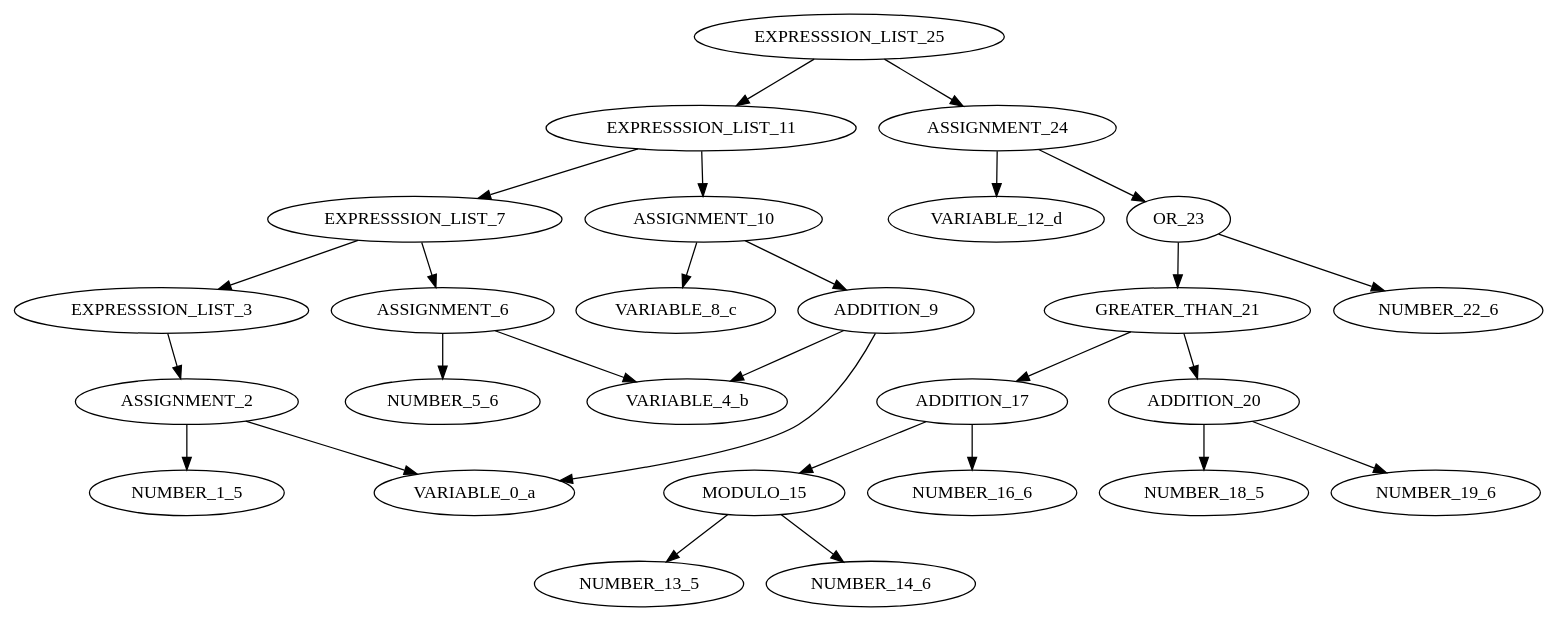
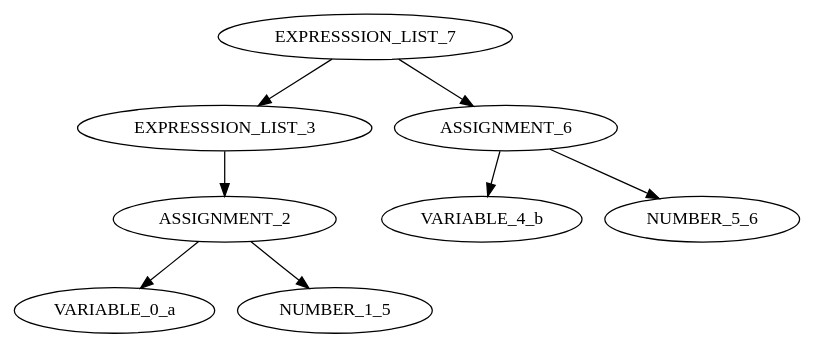
Before and after one commit to dhmhgreCompilers1/StartUpFlexBison2024: the diagram in StartUpFlexBison2024/graph.dot, drawn with Graphviz. The commit also changed 10 other files, not shown here.

```diff
--- a/StartUpFlexBison2024/graph.dot
+++ b/StartUpFlexBison2024/graph.dot
@@ -1,29 +1,9 @@
 digraph G{
-"EXPRESSSION_LIST_25" -> "EXPRESSSION_LIST_11"
-"EXPRESSSION_LIST_11" -> "EXPRESSSION_LIST_7"
 "EXPRESSSION_LIST_7" -> "EXPRESSSION_LIST_3"
 "EXPRESSSION_LIST_3" -> "ASSIGNMENT_2"
 "ASSIGNMENT_2" -> "VARIABLE_0_a"
 "ASSIGNMENT_2" -> "NUMBER_1_5"
 "EXPRESSSION_LIST_7" -> "ASSIGNMENT_6"
 "ASSIGNMENT_6" -> "VARIABLE_4_b"
 "ASSIGNMENT_6" -> "NUMBER_5_6"
-"EXPRESSSION_LIST_11" -> "ASSIGNMENT_10"
-"ASSIGNMENT_10" -> "VARIABLE_8_c"
-"ASSIGNMENT_10" -> "ADDITION_9"
-"ADDITION_9" -> "VARIABLE_0_a"
-"ADDITION_9" -> "VARIABLE_4_b"
-"EXPRESSSION_LIST_25" -> "ASSIGNMENT_24"
-"ASSIGNMENT_24" -> "VARIABLE_12_d"
-"ASSIGNMENT_24" -> "OR_23"
-"OR_23" -> "GREATER_THAN_21"
-"GREATER_THAN_21" -> "ADDITION_17"
-"ADDITION_17" -> "MODULO_15"
-"MODULO_15" -> "NUMBER_13_5"
-"MODULO_15" -> "NUMBER_14_6"
-"ADDITION_17" -> "NUMBER_16_6"
-"GREATER_THAN_21" -> "ADDITION_20"
-"ADDITION_20" -> "NUMBER_18_5"
-"ADDITION_20" -> "NUMBER_19_6"
-"OR_23" -> "NUMBER_22_6"
 }
```
